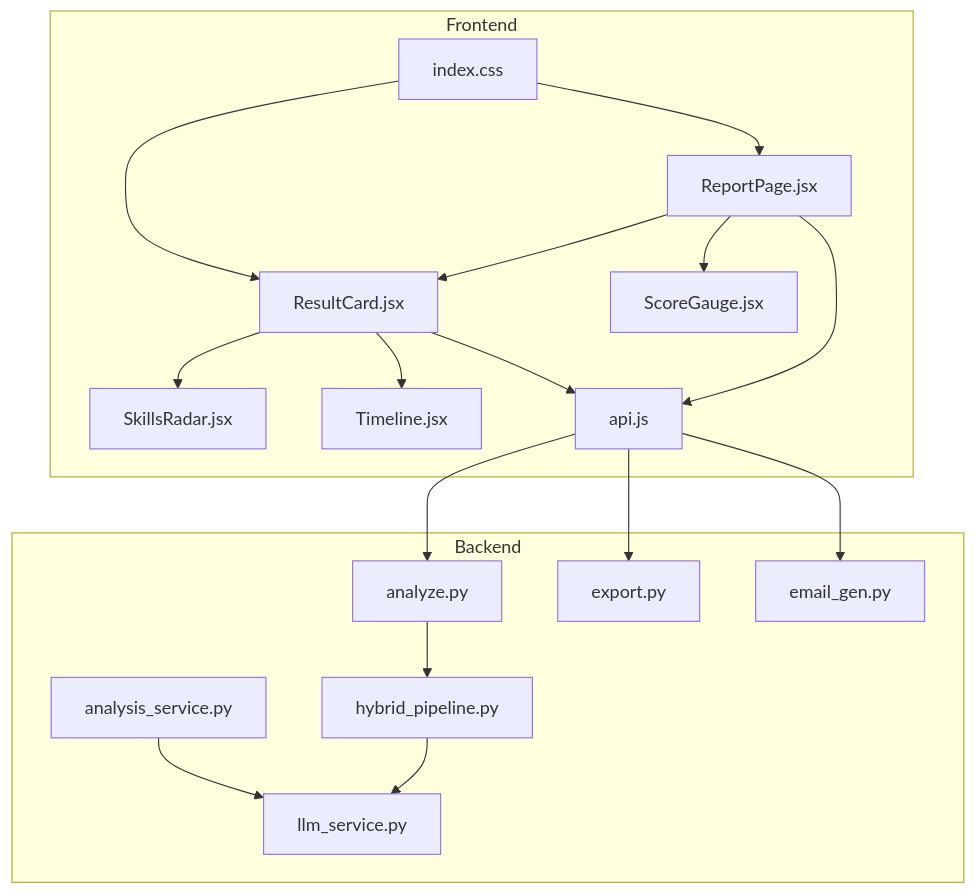
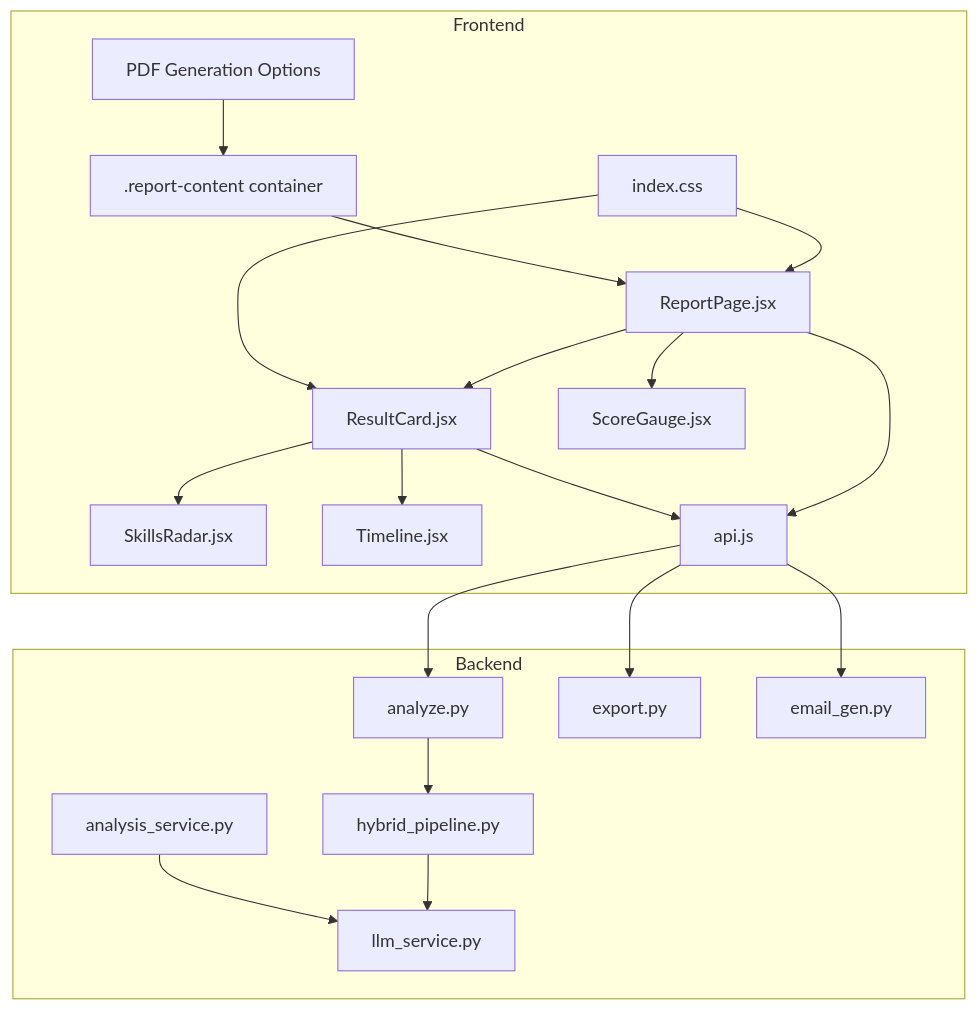
Before and after one commit to Revanththetalogics/aireume: the first of 12 diagrams in .qoder/repowiki/en/content/Reporting & Analytics/Individual Reports.md, drawn with Mermaid. The commit also changed other lines of this file and 21 other files, not shown here.

````diff
--- a/.qoder/repowiki/en/content/Reporting & Analytics/Individual Reports.md
+++ b/.qoder/repowiki/en/content/Reporting & Analytics/Individual Reports.md
@@ -57,34 +59,38 @@
 ```mermaid
 graph TB
 subgraph "Frontend"
 RP["ReportPage.jsx"]
 RC["ResultCard.jsx"]
 SG["ScoreGauge.jsx"]
 SR["SkillsRadar.jsx"]
 TL["Timeline.jsx"]
 API["api.js"]
 CSS["index.css"]
+ENDPOINT[".report-content container"]
+PDFOPT["PDF Generation Options"]
 end
 subgraph "Backend"
 AN["analyze.py"]
 HP["hybrid_pipeline.py"]
 LS["llm_service.py"]
 AS["analysis_service.py"]
 EX["export.py"]
 EG["email_gen.py"]
 end
 RP --> RC
 RP --> SG
 RC --> SR
 RC --> TL
 RP --> API
 RC --> API
 API --> AN
 AN --> HP
 HP --> LS
 AS --> LS
 API --> EX
 API --> EG
 CSS --> RP
 CSS --> RC
+PDFOPT --> ENDPOINT
+ENDPOINT --> RP
 ```
````
